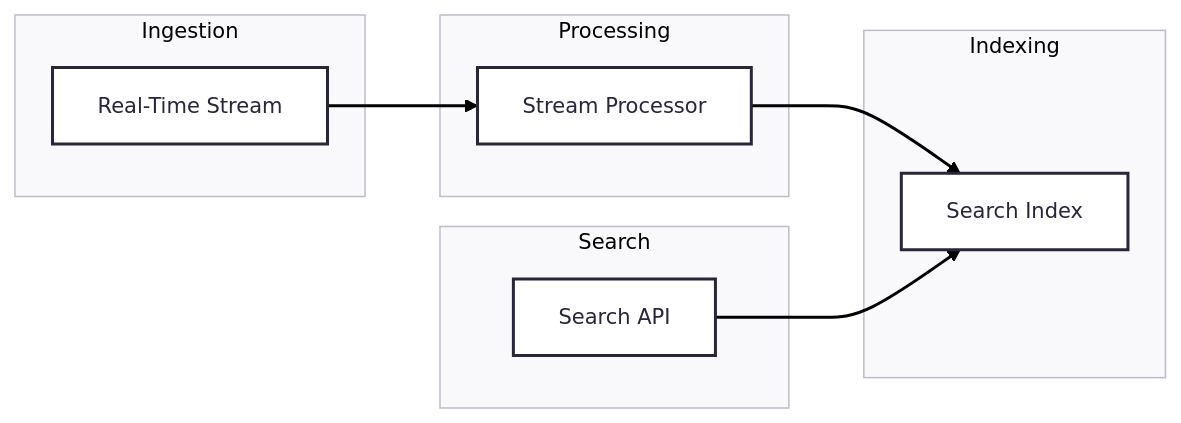
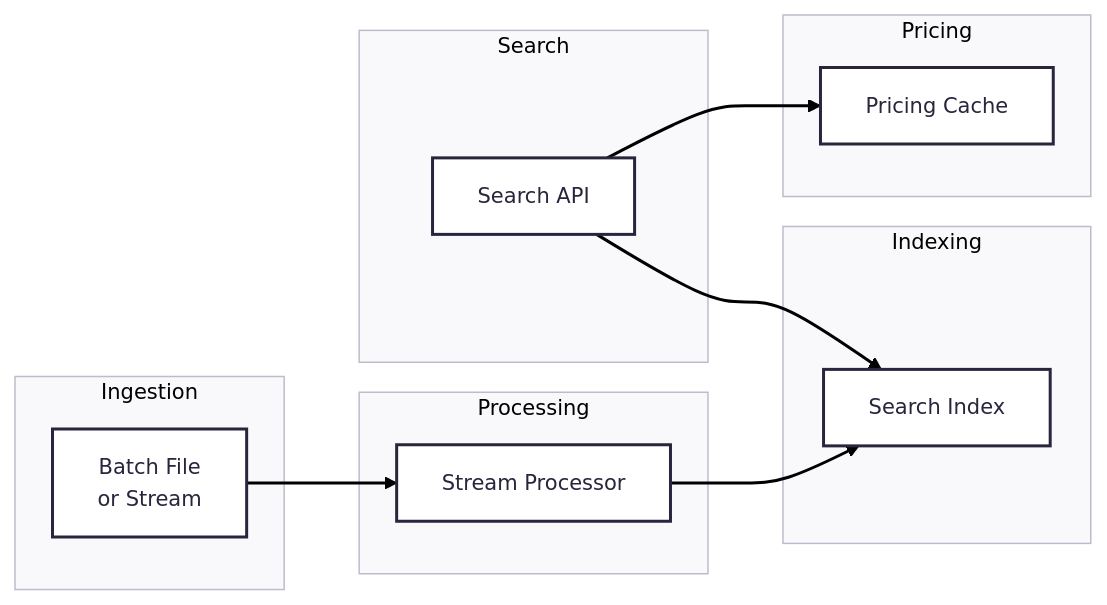
Before and after one commit to tvergilio/enterprise-streaming-architecture: the diagram in source/streaming-architecture.mmd, drawn with Mermaid. The commit also changed 2 other files, not shown here.

Commit message:
Enhanced streaming architecture diagram by adding a Pricing subgraph and updating node labels for clarity.

```diff
--- a/source/streaming-architecture.mmd
+++ b/source/streaming-architecture.mmd
@@ -1,20 +1,25 @@
 ---
 config:
   theme: redux
 ---
 flowchart LR
-    subgraph Ingestion
-        A[Real-Time Stream]
-    end
-    subgraph Processing
-        B[Stream Processor]
-    end
-    subgraph Indexing
-        C[Search Index]
-    end
-    subgraph Search
-        D[Search API]
-    end
-    A --> B
-    B --> C
-    D --> C
+  subgraph Ingestion["Ingestion"]
+      A["Batch File</br>or Stream"]
+  end
+  subgraph Processing["Processing"]
+      B["Stream Processor"]
+  end
+  subgraph Indexing["Indexing"]
+      C["Search Index"]
+  end
+  subgraph Search["Search"]
+      D["Search API"]
+  end
+  subgraph Pricing["Pricing"]
+      E["Pricing Cache"]
+  end
+
+  A --> B
+  B --> C
+  D --> C
+  D --> E
```
